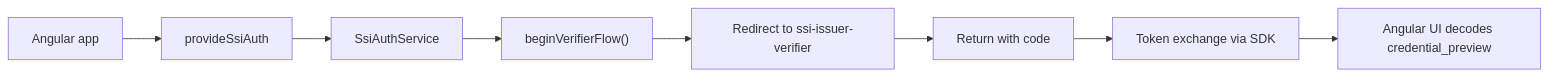
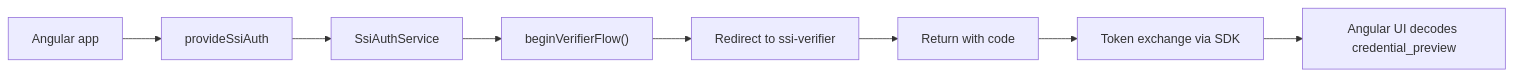
One commit to gcassata74/ssi-ecosystem changed the sixth of 8 diagrams in README.md. Above: the diagram before and after it, drawn with Mermaid. The commit also changed other lines of this file and 216 other files, not shown here.

First line of the commit message:
Refactor mono-platform into ssi-issuer and ssi-verifier, add ssi-common; update README and docker-compose

````diff
--- a/README.md
+++ b/README.md
@@ -331,10 +355,10 @@
 ```mermaid
 flowchart LR
     A[Angular app] --> B[provideSsiAuth]
     B --> C[SsiAuthService]
     C --> D["beginVerifierFlow()"]
-    D --> E[Redirect to ssi-issuer-verifier]
+    D --> E[Redirect to ssi-verifier]
     E --> F[Return with code]
     F --> G[Token exchange via SDK]
     G --> H[Angular UI decodes credential_preview]
 ```
````
